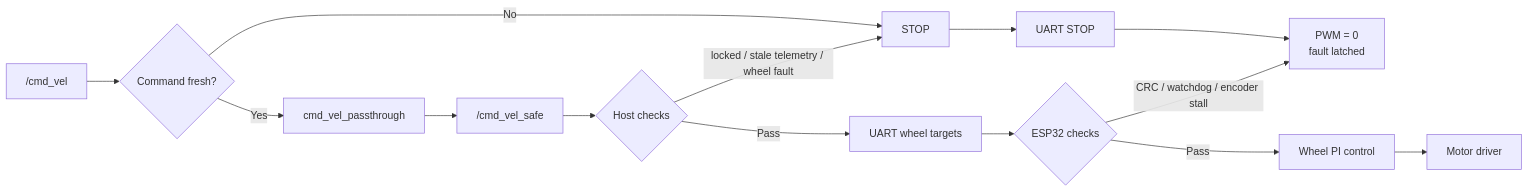
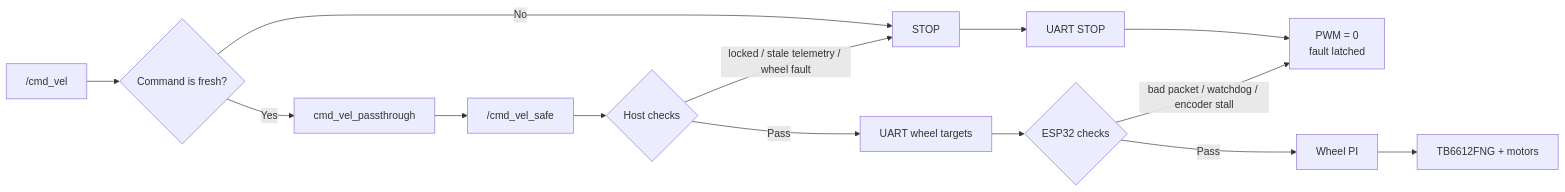
Before and after one commit to nattannsra18/amr-base-driver: the second of 3 diagrams in README.md, drawn with Mermaid. The commit also changed other lines of this file, not shown here.

````diff
--- a/README.md
+++ b/README.md
@@ -145,16 +126,16 @@
 ```mermaid
 flowchart LR
-  command["/cmd_vel"] --> freshness{"Command fresh?"}
-  freshness -- No --> stop["STOP"]
-  freshness -- Yes --> relay["cmd_vel_passthrough"]
+  command["/cmd_vel"] --> fresh{"Command is fresh?"}
+  fresh -- No --> stop["STOP"]
+  fresh -- Yes --> relay["cmd_vel_passthrough"]
   relay --> safe["/cmd_vel_safe"]
   safe --> host{"Host checks"}
   host -- "locked / stale telemetry / wheel fault" --> stop
   host -- Pass --> serial["UART wheel targets"]
   serial --> mcu{"ESP32 checks"}
-  mcu -- "CRC / watchdog / encoder stall" --> pwm0["PWM = 0<br/>fault latched"]
-  mcu -- Pass --> pi["Wheel PI control"]
-  pi --> motors["Motor driver"]
+  mcu -- "bad packet / watchdog / encoder stall" --> pwm0["PWM = 0<br/>fault latched"]
+  mcu -- Pass --> pi["Wheel PI"]
+  pi --> motors["TB6612FNG + motors"]
   stop --> serialstop["UART STOP"]
   serialstop --> pwm0
 ```
````
